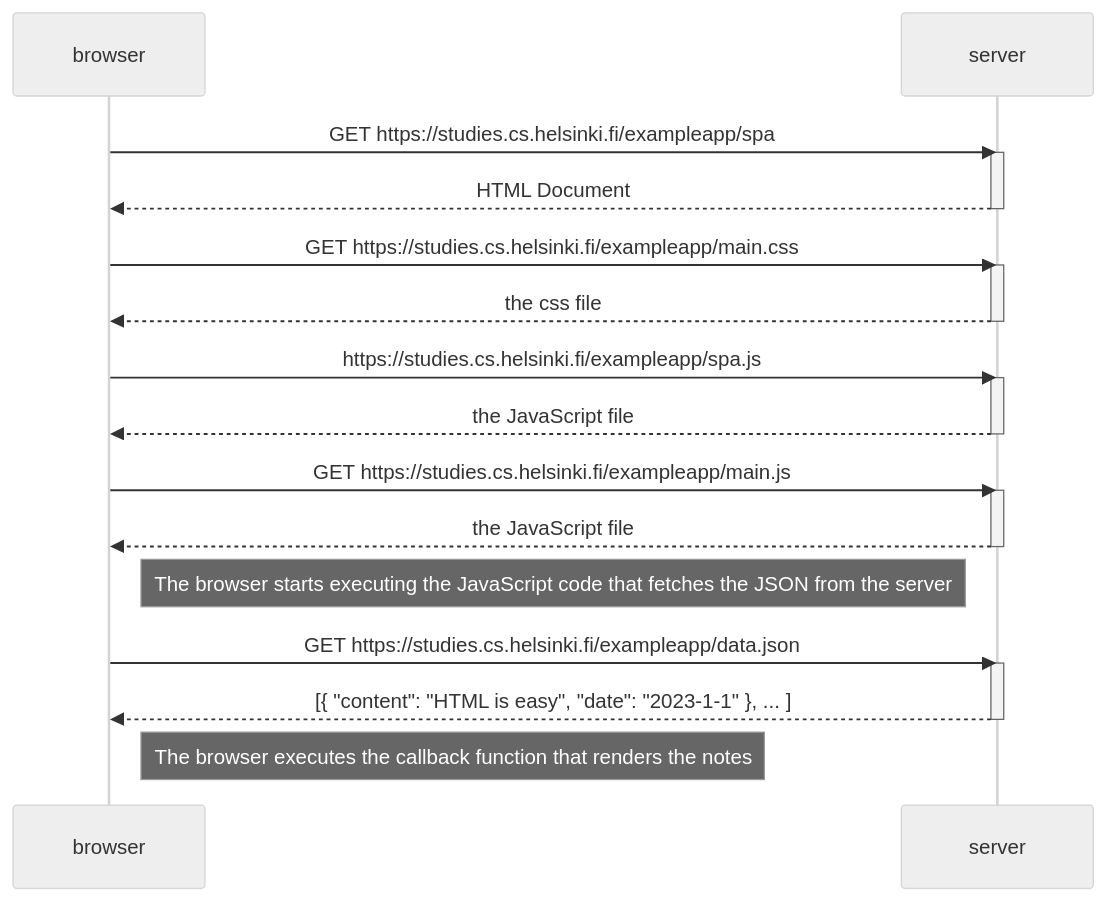
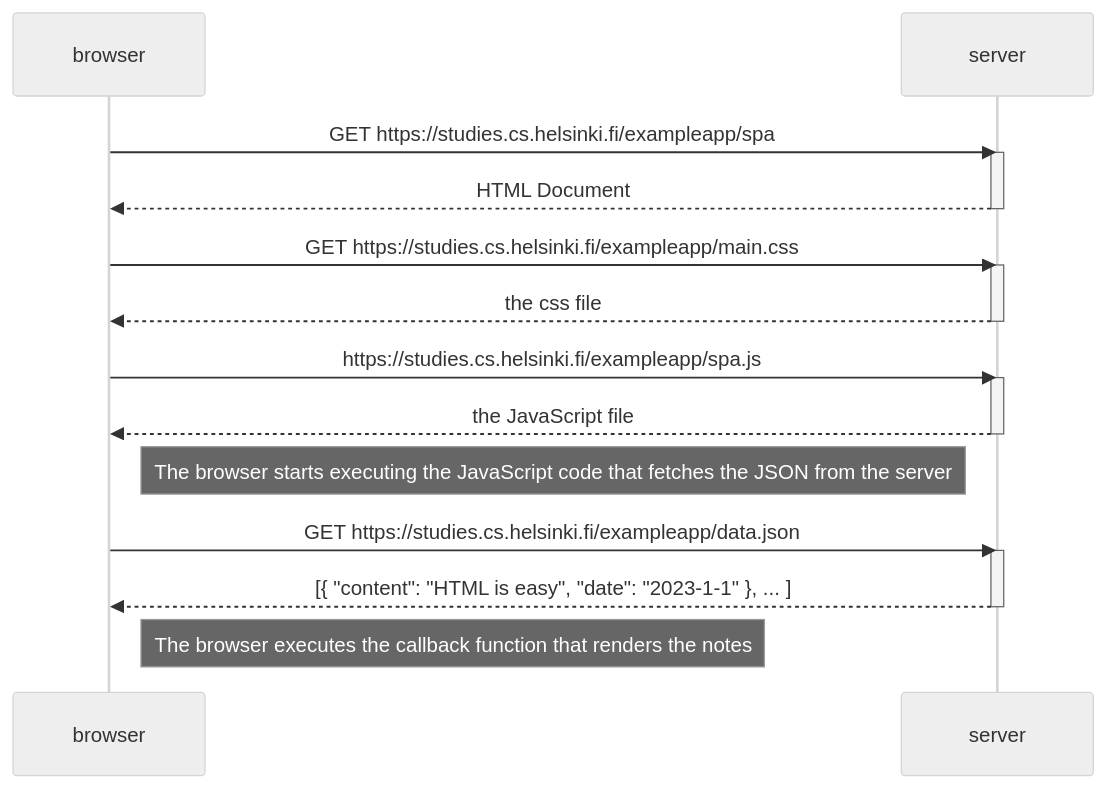
One commit to hgao080/full-stack-open changed the diagram in part0/0_5Diagram.md. Above: the diagram before and after it, drawn with Mermaid (neutral theme).

Commit message:
Removed duplicate arrows

````diff
--- a/part0/0_5Diagram.md
+++ b/part0/0_5Diagram.md
@@ -1,34 +1,29 @@
 ```mermaid
 sequenceDiagram
     participant browser
     participant server
 
     browser->>server: GET https://studies.cs.helsinki.fi/exampleapp/spa
     activate server
     server-->>browser: HTML Document
     deactivate server
 
     browser->>server: GET https://studies.cs.helsinki.fi/exampleapp/main.css
     activate server
     server-->>browser: the css file
     deactivate server
 
     browser->>server: https://studies.cs.helsinki.fi/exampleapp/spa.js
     activate server
     server-->>browser: the JavaScript file
     deactivate server
 
-    browser->>server: GET https://studies.cs.helsinki.fi/exampleapp/main.js
-    activate server
-    server-->>browser: the JavaScript file
-    deactivate server
-
     Note right of browser: The browser starts executing the JavaScript code that fetches the JSON from the server
 
     browser->>server: GET https://studies.cs.helsinki.fi/exampleapp/data.json
     activate server
     server-->>browser: [{ "content": "HTML is easy", "date": "2023-1-1" }, ... ]
     deactivate server
 
     Note right of browser: The browser executes the callback function that renders the notes
 ```
````
